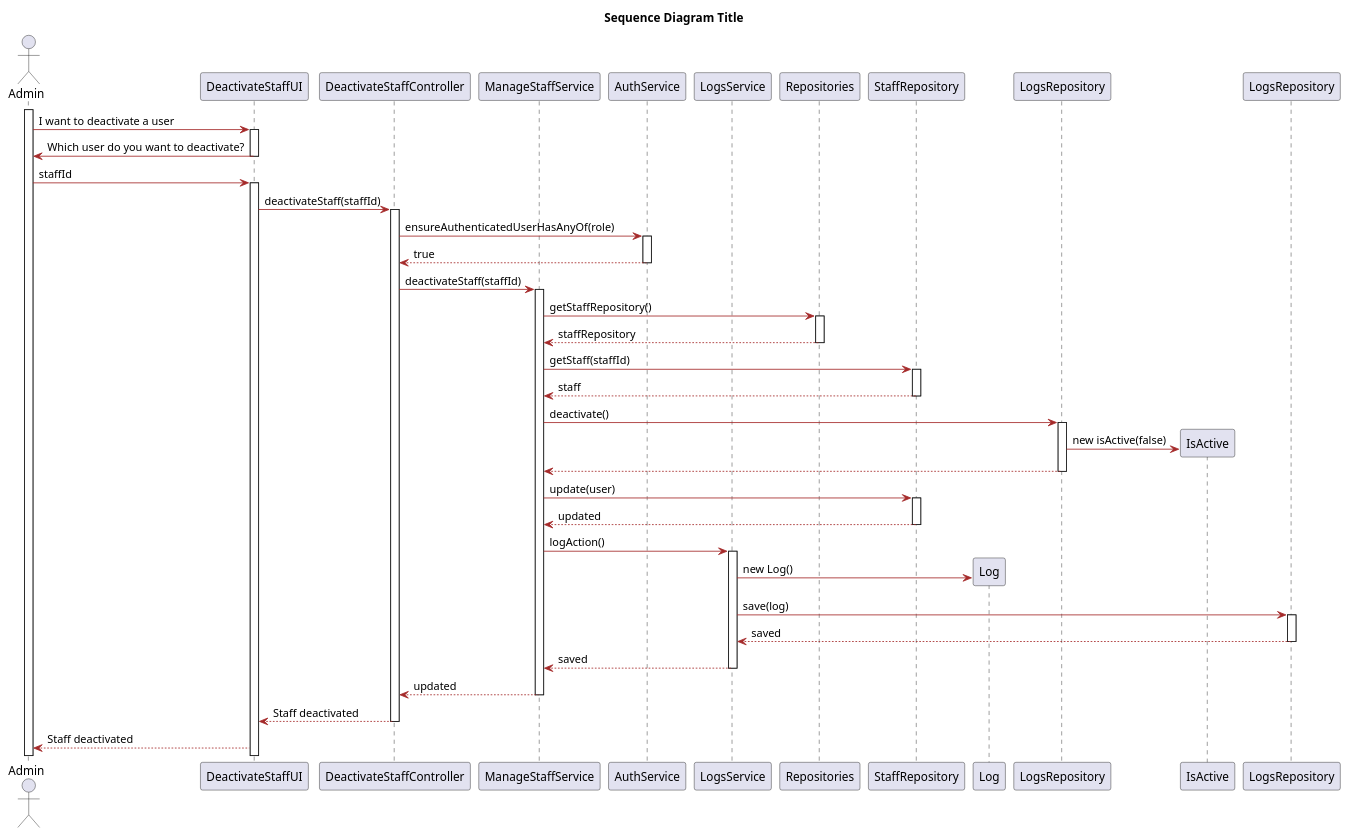
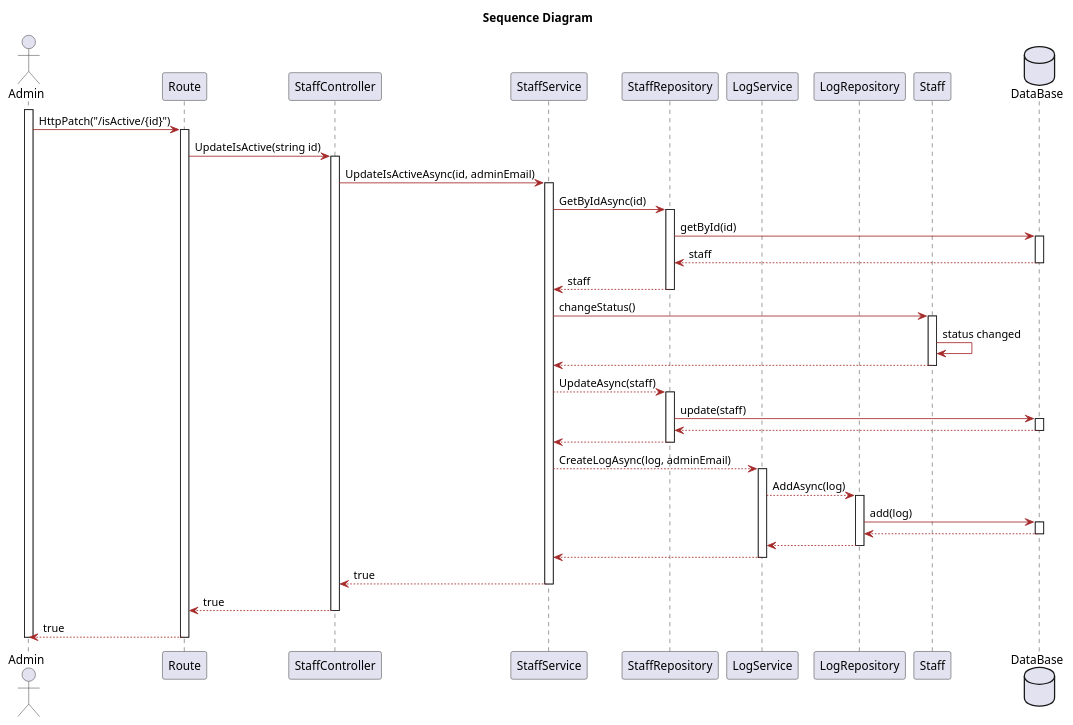
The diagram in Docs/Sprint1/UserStories/LAPR5/us5114/design/puml/sequence-diagram.puml (LAPR5-043/sem_5_24_25_043), drawn with PlantUML before and after one commit. The commit also changed 2 other files, not shown here.

Commit message:
#17 User story documentation update

```diff
--- a/Docs/Sprint1/UserStories/LAPR5/us5114/design/puml/sequence-diagram.puml
+++ b/Docs/Sprint1/UserStories/LAPR5/us5114/design/puml/sequence-diagram.puml
@@ -1,93 +1,96 @@
 @startuml
-title Sequence Diagram Title
+title Sequence Diagram 
 skinparam classAttributeIconSize 0
 
 skinparam class {
     LifeLineBorderColor DodgerBlue
     LifeLineBackgroundColor APPLICATION
     BackgroundColor LemonChiffon
     ArrowColor Brown
     BorderColor SaddleBrown
 }
 
 skinparam packageStyle rectangle
 
 skinparam card {
     LifeLineBorderColor DodgerBlue
     LifeLineBackgroundColor APPLICATION
     BackgroundColor LemonChiffon
     ArrowColor Brown
     BorderColor SaddleBrown
 }
 
 actor Admin
-participant "DeactivateStaffUI" as UI
-participant "DeactivateStaffController" as Controller
-participant "ManageStaffService" as userS
-participant "AuthService" as auth
-participant "LogsService" as Logs
-participant "Repositories" as Repositories
+participant "Route" as UI
+participant "StaffController" as Controller
+participant "StaffService" as userS
 participant "StaffRepository" as userR
-participant "LogsRepository" as user
-participant "Log" as log
+participant "LogService" as LogS
+participant "LogRepository" as LogR
 participant "Staff" as user
-participant "IsActive" as status
+database "DataBase" as db
 
 activate Admin
-Admin -> UI: I want to deactivate a user 
+Admin -> UI: HttpPatch("/isActive/{id}")
 activate UI
-UI -> Admin : Which user do you want to deactivate?
+UI -> Controller:UpdateIsActive(string id)
+activate Controller
+Controller -> userS : UpdateIsActiveAsync(id, adminEmail)
+activate userS
+userS -> userR : GetByIdAsync(id)
+activate userR 
+userR -> db : getById(id)
+activate db
+db --> userR: staff
+deactivate db
+userR --> userS: staff
+deactivate userR
+userS -> user : changeStatus()
+activate user
+user -> user: status changed
+user --> userS 
+deactivate user
+userS--> userR: UpdateAsync(staff)
+activate userR
+userR -> db : update(staff)
+activate db
+db --> userR 
+deactivate db
+userR --> userS
+deactivate userR
+userS --> LogS : CreateLogAsync(log, adminEmail)
+activate LogS 
+LogS --> LogR : AddAsync(log)
+activate LogR 
+LogR -> db : add(log)
+activate db 
+db --> LogR 
+deactivate db
+LogR --> LogS 
+deactivate LogR
+LogS --> userS 
+deactivate LogS
+userS --> Controller : true
+deactivate userS 
+Controller --> UI : true
+deactivate Controller 
+UI --> Admin : true
 deactivate UI
-Admin -> UI : staffId
-activate UI
-UI -> Controller: deactivateStaff(staffId)
-activate Controller
-Controller -> auth: ensureAuthenticatedUserHasAnyOf(role)
-activate auth
-auth --> Controller:  true
-deactivate auth
-Controller -> userS : deactivateStaff(staffId)
-activate userS
-userS -> Repositories : getStaffRepository()
-activate Repositories
-Repositories --> userS : staffRepository
-deactivate Repositories
-userS -> userR : getStaff(staffId)
-activate userR
-userR --> userS : staff
-deactivate userR
-userS -> user : deactivate()
-activate user
-user -> status**: new isActive(false)
-user--> userS 
-deactivate user
-userS -> userR : update(user)
-activate userR
-userR --> userS : updated
-deactivate userR
-userS -> Logs : logAction()
-activate Logs
-Logs -> log** : new Log()
-Logs -> LogsRepository : save(log)
-activate LogsRepository
-LogsRepository --> Logs : saved
-deactivate LogsRepository
-Logs --> userS : saved
-deactivate Logs 
-userS --> Controller : updated
-deactivate userS
-Controller --> UI : Staff deactivated
-deactivate Controller
-UI --> Admin : Staff deactivated
+deactivate Admin
+
+
+
+
+
 
 
 
 
 
 
 
 
 
 
 
 @enduml
```
